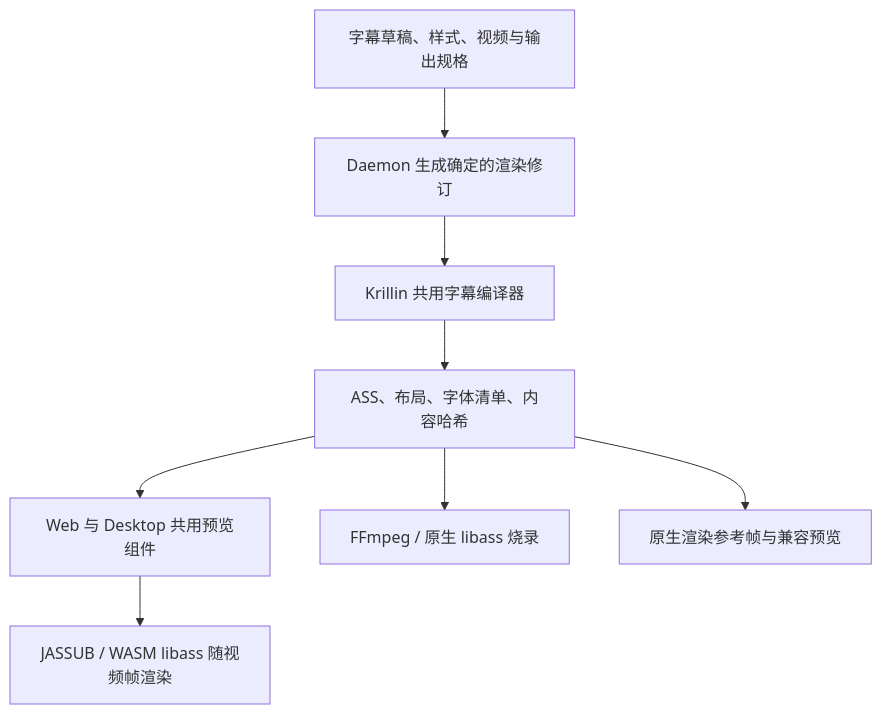
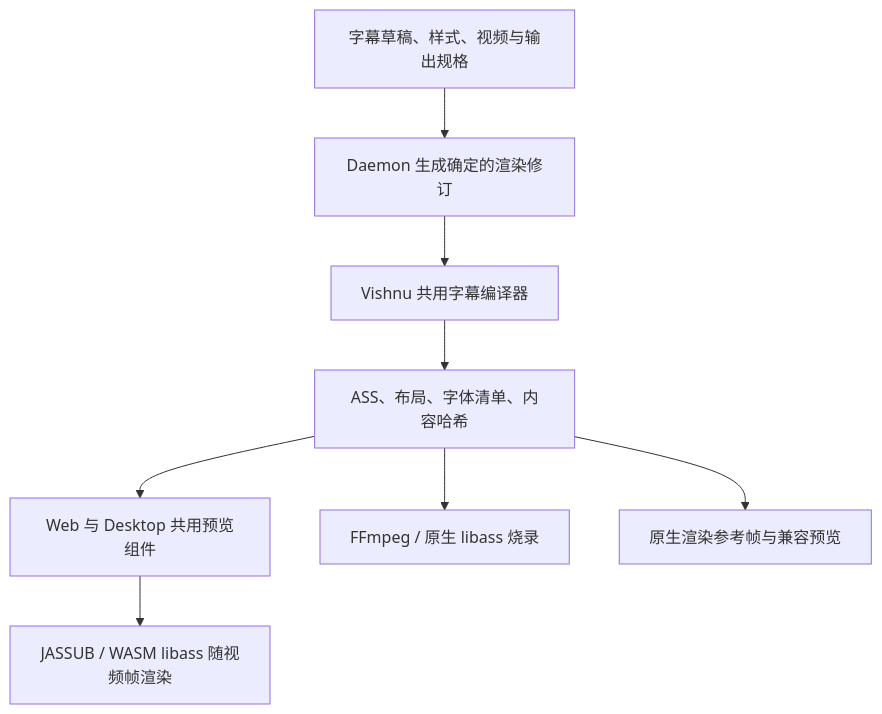
The diagram in docs/development/subtitle-preview-burnin-plan.md (Chanmonigen-002/vishnu-creator), drawn with Mermaid before and after one commit. The commit also changed other lines of this file and 4094 other files, not shown here.

Commit message:
Full rebrand: krillinai/Krillin -> VishnuAI/vishnu, Go module vishnu-ai, Khmer-first dub engine integration (VoxCPM2 + WhisperX bridge), own fonts renamed

````diff
--- a/docs/development/subtitle-preview-burnin-plan.md
+++ b/docs/development/subtitle-preview-burnin-plan.md
@@ -41,10 +41,10 @@
 ```mermaid
 flowchart TD
     A[字幕草稿、样式、视频与输出规格] --> B[Daemon 生成确定的渲染修订]
-    B --> C[Krillin 共用字幕编译器]
+    B --> C[Vishnu 共用字幕编译器]
     C --> D[ASS、布局、字体清单、内容哈希]
     D --> E[Web 与 Desktop 共用预览组件]
     E --> F[JASSUB / WASM libass 随视频帧渲染]
     D --> G[FFmpeg / 原生 libass 烧录]
     D --> H[原生渲染参考帧与兼容预览]
 ```
````
